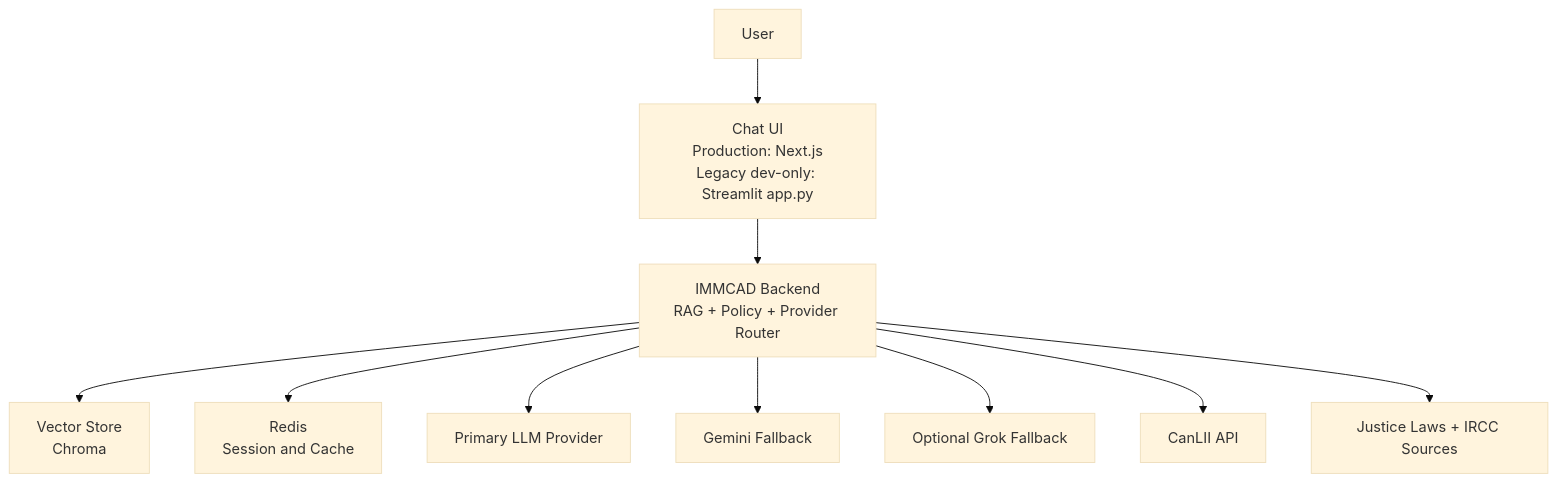
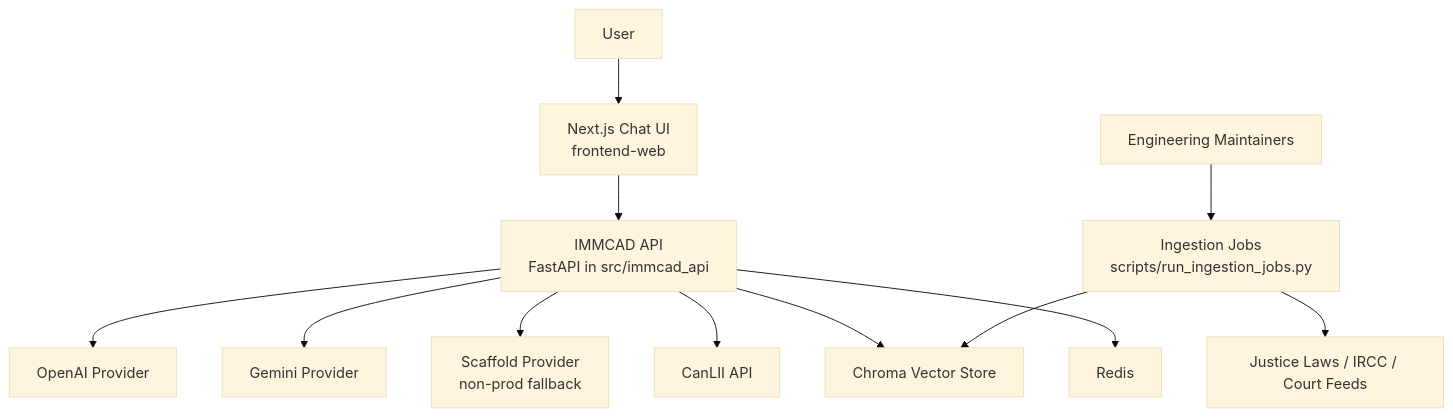
One commit to anamanlab/lawglance changed the diagram in docs/architecture/01-system-context.md. Above: the diagram before and after it, drawn with Mermaid (base theme). The commit also changed other lines of this file and 21 other files, not shown here.

Commit message:
docs(architecture): align arc42, ADRs, and readiness plans

````diff
--- a/docs/architecture/01-system-context.md
+++ b/docs/architecture/01-system-context.md
@@ -54,12 +53,17 @@
 ```mermaid
 graph TD
-    U[User] --> FE[Chat UI\nProduction: Next.js\nLegacy dev-only: Streamlit app.py]
-    FE --> BE[IMMCAD Backend\nRAG + Policy + Provider Router]
-    BE --> VS[Vector Store\nChroma]
-    BE --> RS[Redis\nSession and Cache]
-    BE --> OAI[Primary LLM Provider]
-    BE --> GEM[Gemini Fallback]
-    BE --> GROK[Optional Grok Fallback]
-    BE --> CANLII[CanLII API]
-    BE --> SOURCES[Justice Laws + IRCC Sources]
+    USER[User] --> FE[Next.js Chat UI<br>frontend-web]
+    FE --> API[IMMCAD API<br>FastAPI in src/immcad_api]
+
+    API --> OAI[OpenAI Provider]
+    API --> GEM[Gemini Provider]
+    API --> SCAF[Scaffold Provider<br>non-prod fallback]
+
+    API --> CANLII[CanLII API]
+    API --> VEC[Chroma Vector Store]
+    API --> REDIS[Redis]
+
+    ENGINEERING[Engineering Maintainers] --> ING[Ingestion Jobs<br>scripts/run_ingestion_jobs.py]
+    ING --> SRC[Justice Laws / IRCC / Court Feeds]
+    ING --> VEC
 ```
````
